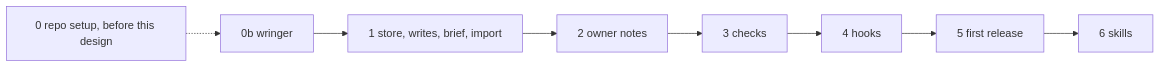
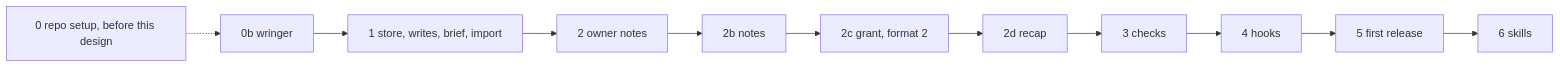
One commit to zgeoff/wherewerewe changed the diagram in docs/design/wherewerewe/build-order.md. Above: the diagram before and after it, drawn with Mermaid. The commit also changed other lines of this file and 8 other files, not shown here.

First line of the commit message:
docs: amend the design for notes, the grant and recap (#20)

````diff
--- a/docs/design/wherewerewe/build-order.md
+++ b/docs/design/wherewerewe/build-order.md
@@ -9,10 +9,13 @@
 ```mermaid
 flowchart LR
   s0[0 repo setup, before this design] -.-> s0b[0b wringer]
   s0b --> s1[1 store, writes, brief, import]
   s1 --> s2[2 owner notes]
-  s2 --> s3[3 checks]
+  s2 --> s2b[2b notes]
+  s2b --> s2c[2c grant, format 2]
+  s2c --> s2d[2d recap]
+  s2d --> s3[3 checks]
   s3 --> s4[4 hooks]
   s4 --> s5[5 first release]
   s5 --> s6[6 skills]
 ```
````
